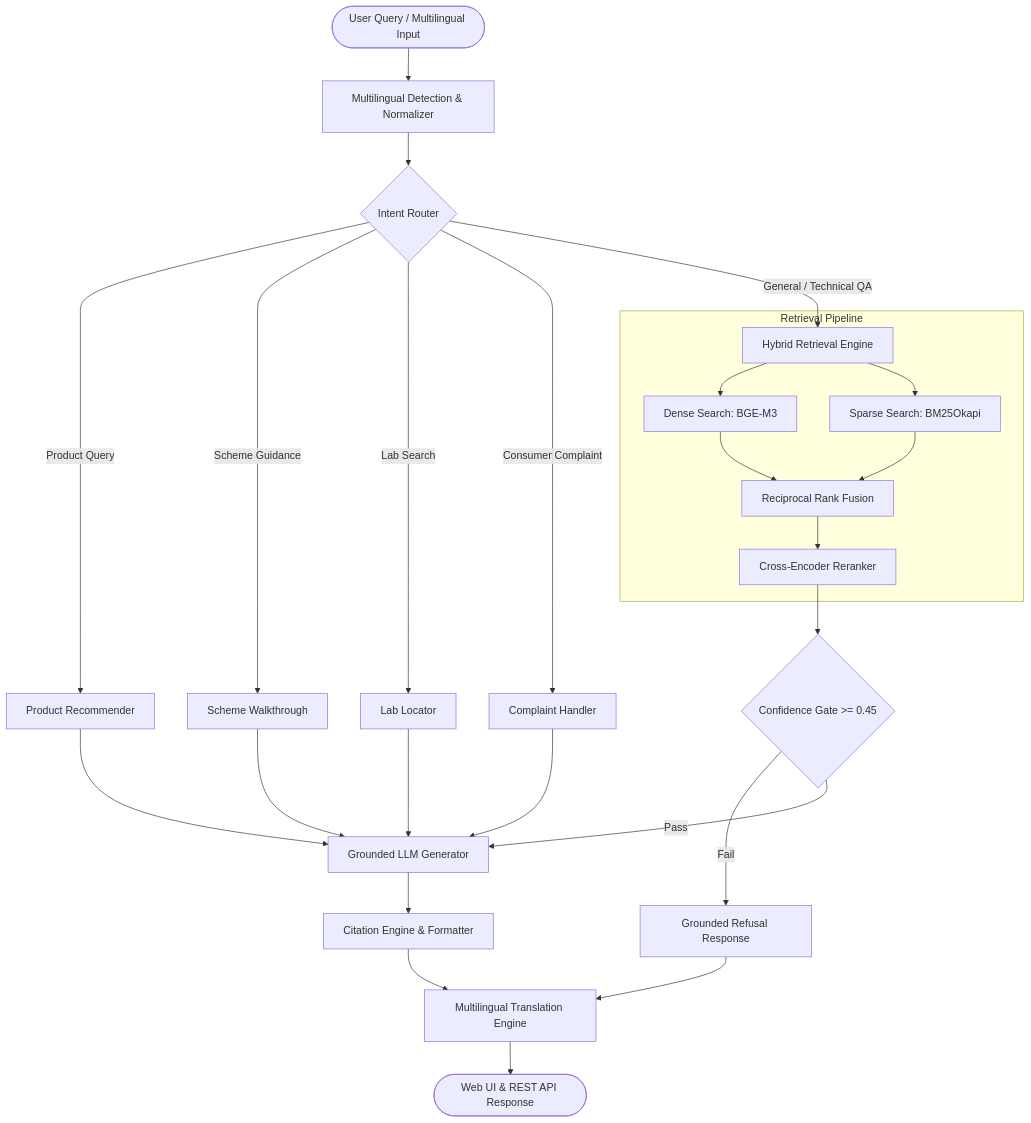
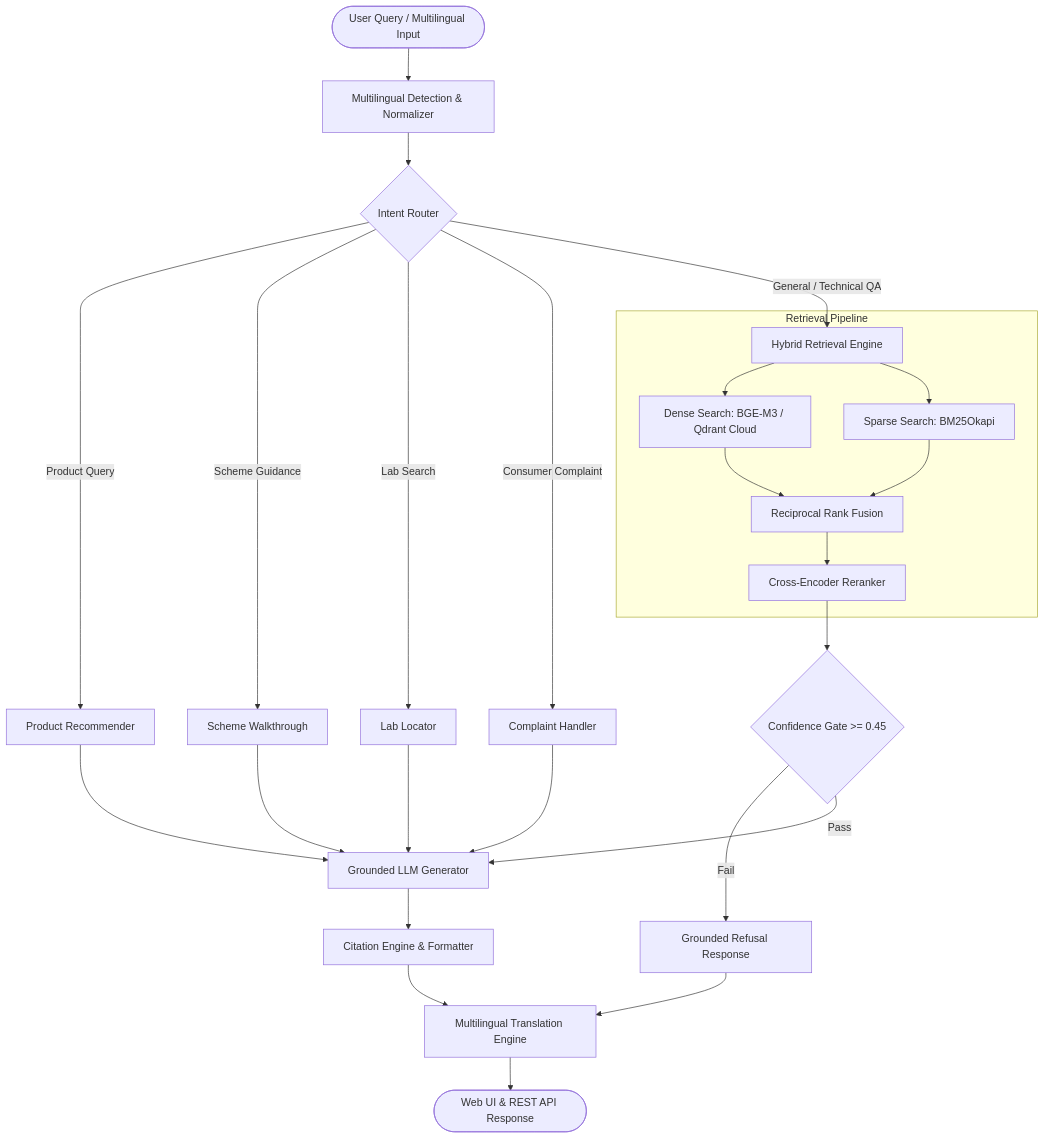
One commit to kaladharroyal/SIH_26107 changed the diagram in README.md. Above: the diagram before and after it, drawn with Mermaid. The commit also changed other lines of this file and 106 other files, not shown here.

Commit message:
feat(core): orchestrate unified RAG pipeline, FastAPI web server, interactive UI, and clean modular architecture

````diff
--- a/README.md
+++ b/README.md
@@ -45,33 +45,33 @@
 ```mermaid
 flowchart TD
     User([User Query / Multilingual Input]) --> Preprocess[Multilingual Detection & Normalizer]
     Preprocess --> Router{Intent Router}
 
     Router -->|Product Query| Sub1[Product Recommender]
     Router -->|Scheme Guidance| Sub2[Scheme Walkthrough]
     Router -->|Lab Search| Sub3[Lab Locator]
     Router -->|Consumer Complaint| Sub4[Complaint Handler]
     Router -->|General / Technical QA| HybridRetriever[Hybrid Retrieval Engine]
 
     subgraph Retrieval Pipeline
-        HybridRetriever --> Dense[Dense Search: BGE-M3]
+        HybridRetriever --> Dense[Dense Search: BGE-M3 / Qdrant Cloud]
         HybridRetriever --> Sparse[Sparse Search: BM25Okapi]
         Dense --> RRF[Reciprocal Rank Fusion]
         Sparse --> RRF
         RRF --> Rerank[Cross-Encoder Reranker]
     end
 
     Rerank --> Guardrail{Confidence Gate >= 0.45}
     Guardrail -->|Fail| Refusal[Grounded Refusal Response]
     Guardrail -->|Pass| Generator[Grounded LLM Generator]
     
     Sub1 --> Generator
     Sub2 --> Generator
     Sub3 --> Generator
     Sub4 --> Generator
 
     Generator --> Citations[Citation Engine & Formatter]
     Citations --> Trans[Multilingual Translation Engine]
     Refusal --> Trans
     Trans --> UI([Web UI & REST API Response])
 ```
````
